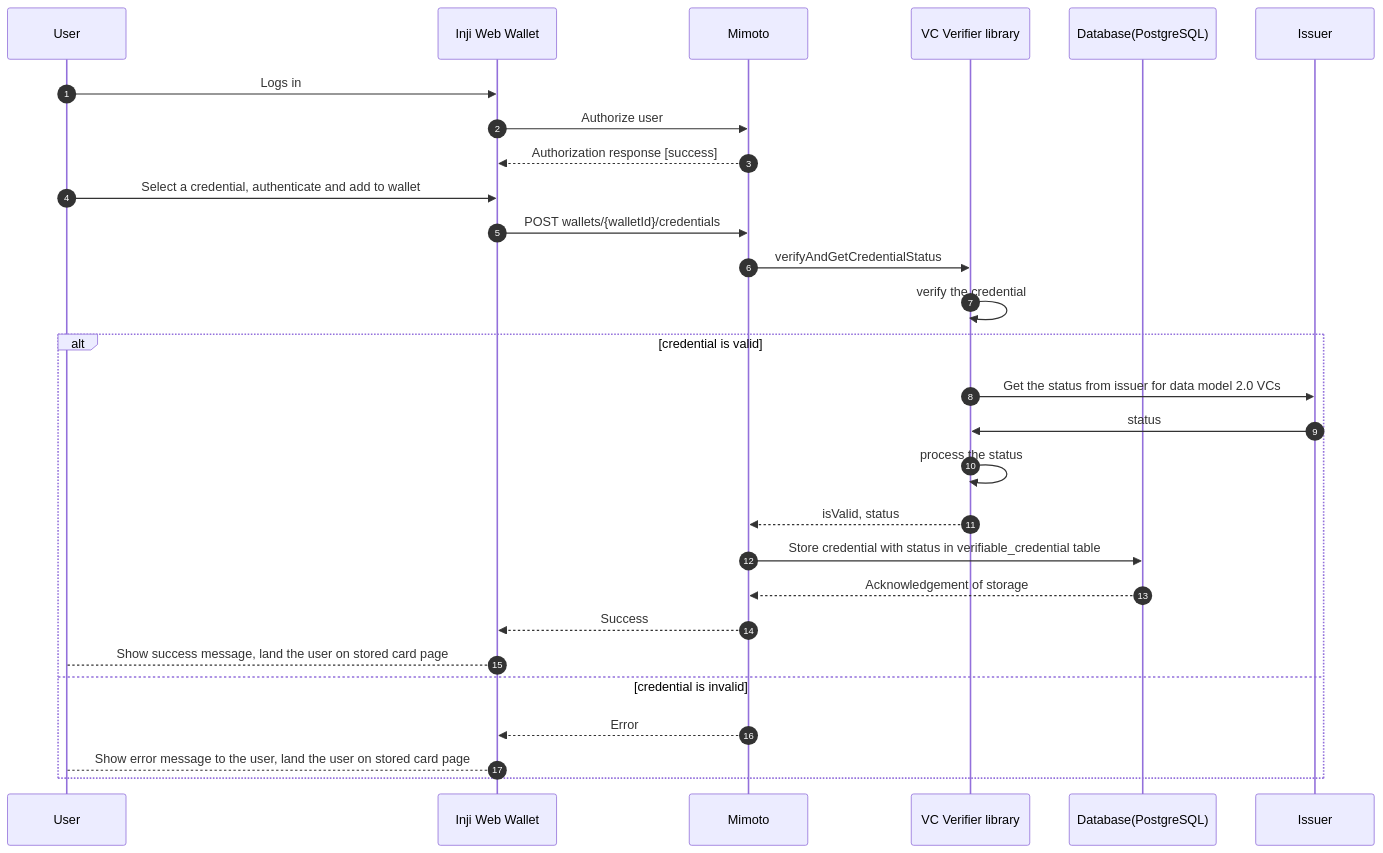
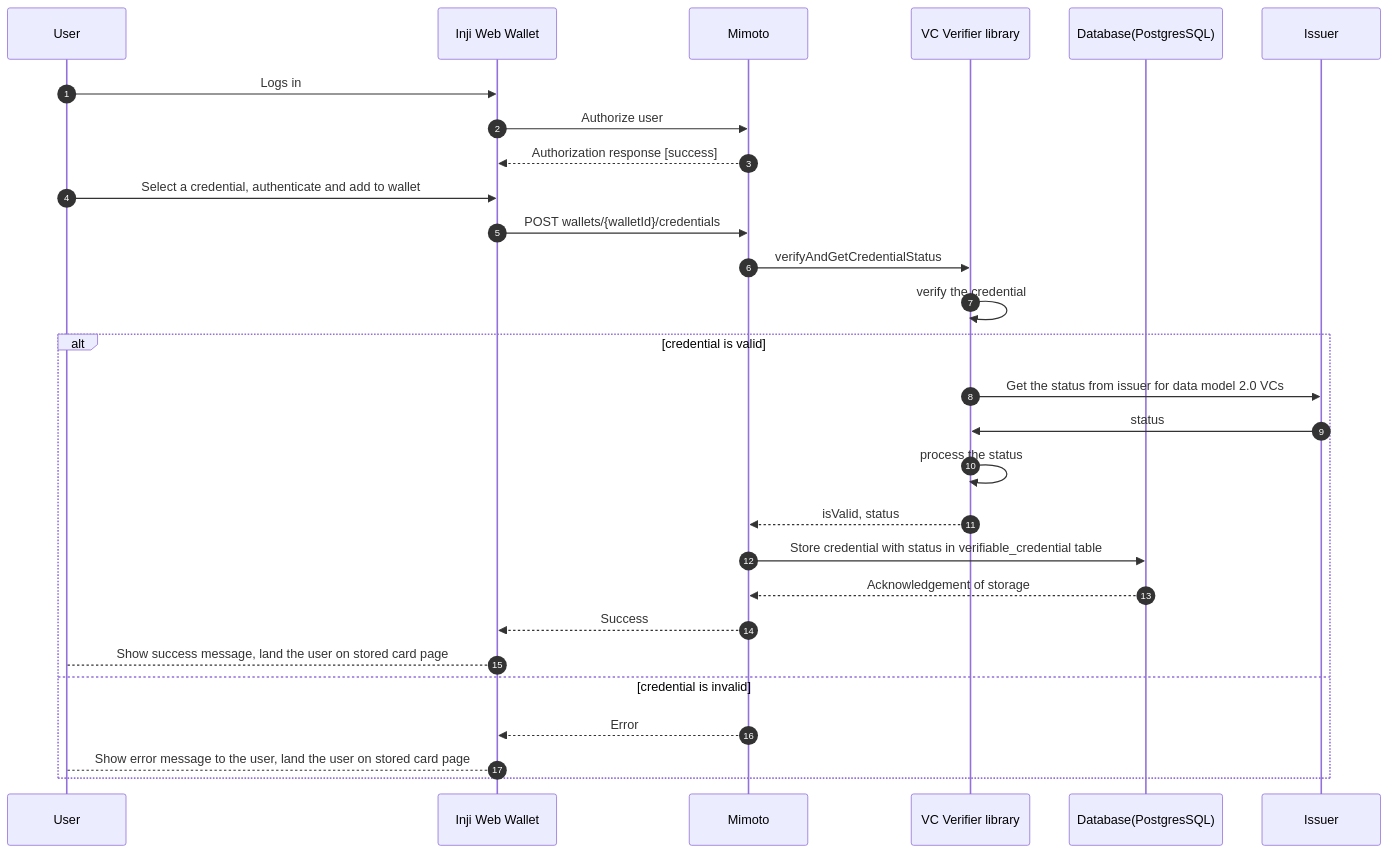
The fourth of 4 diagrams in docs/VCStatusCheckDesign.md (inji/mimoto), drawn with Mermaid before and after one commit. The commit also changed other lines of this file, not shown here.

````diff
--- a/docs/VCStatusCheckDesign.md
+++ b/docs/VCStatusCheckDesign.md
@@ -119,30 +157,30 @@
 ```mermaid
 sequenceDiagram
     autonumber
     participant User
     participant InjiWeb as Inji Web Wallet
     participant Mimoto
     participant VCVerifier as VC Verifier library
-    participant Database as Database(PostgreSQL)
+    participant Database as Database(PostgresSQL)
     participant Issuer
     User->>InjiWeb: Logs in
     InjiWeb->>Mimoto: Authorize user
     Mimoto-->> InjiWeb: Authorization response [success]
     User->>InjiWeb: Select a credential, authenticate and add to wallet
     InjiWeb->>Mimoto: POST wallets/{walletId}/credentials
     Mimoto->>VCVerifier: verifyAndGetCredentialStatus
     VCVerifier->>VCVerifier: verify the credential
     alt credential is valid
         VCVerifier->>Issuer: Get the status from issuer for data model 2.0 VCs
         Issuer->>VCVerifier: status
         VCVerifier->>VCVerifier: process the status
         VCVerifier-->>Mimoto: isValid, status
         Mimoto->>Database: Store credential with status in verifiable_credential table
         Database-->>Mimoto: Acknowledgement of storage
         Mimoto-->>InjiWeb: Success
         InjiWeb-->User: Show success message, land the user on stored card page
     else credential is invalid
         Mimoto-->>InjiWeb: Error
         InjiWeb-->User: Show error message to the user, land the user on stored card page
     end
 ```
````
